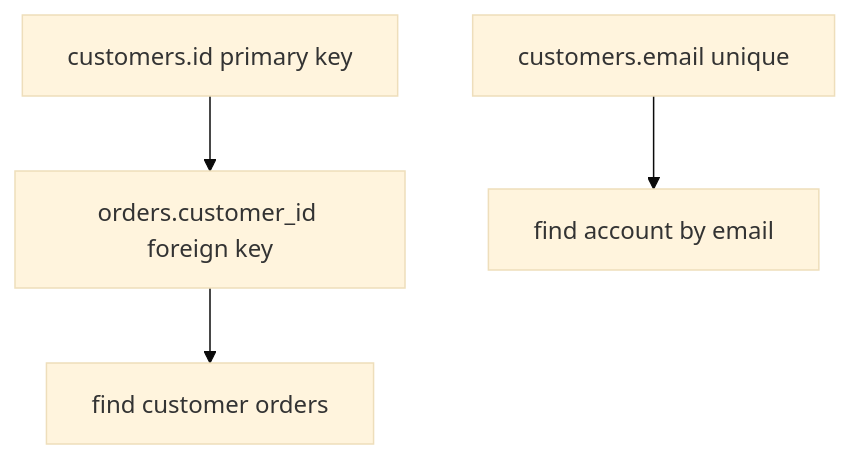
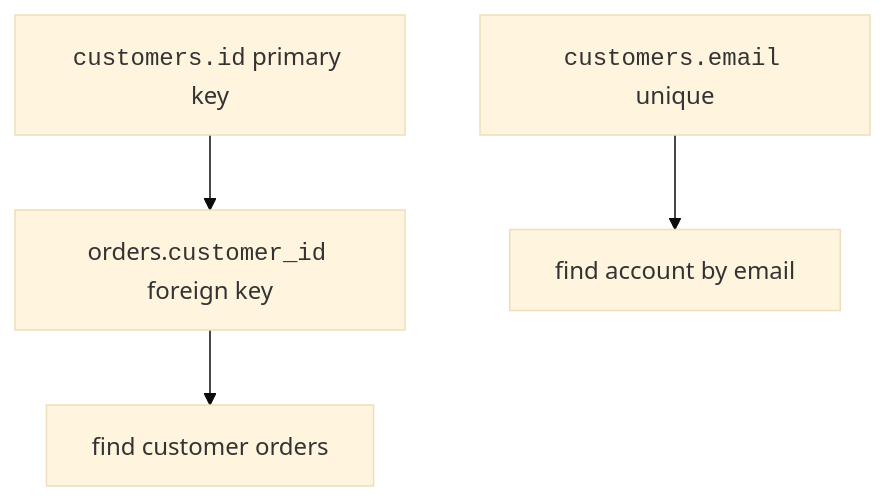
Before and after one commit to dataslope/dataslope: the fourth of 7 diagrams in content/learn/database-design-postgresql/design-and-scale.mdx, drawn with Mermaid (base theme). The commit also changed other lines of this file and 218 other files, not shown here.

First line of the commit message:
Render code-only mermaid shapes in monospace; convert step sequences to Steps (#467)

````diff
--- a/content/learn/database-design-postgresql/design-and-scale.mdx
+++ b/content/learn/database-design-postgresql/design-and-scale.mdx
@@ -94,6 +94,6 @@
 ```mermaid
 flowchart TD
-    Customer["customers.id primary key"] --> OrderFK["orders.customer_id foreign key"]
-    Email["customers.email unique"] --> AccountLookup["find account by email"]
+    Customer["<code>customers.id</code> primary key"] --> OrderFK["orders.<code>customer_id</code> foreign key"]
+    Email["<code>customers.email</code> unique"] --> AccountLookup["find account by email"]
     OrderFK --> OrderHistory["find customer orders"]
 ```
````
